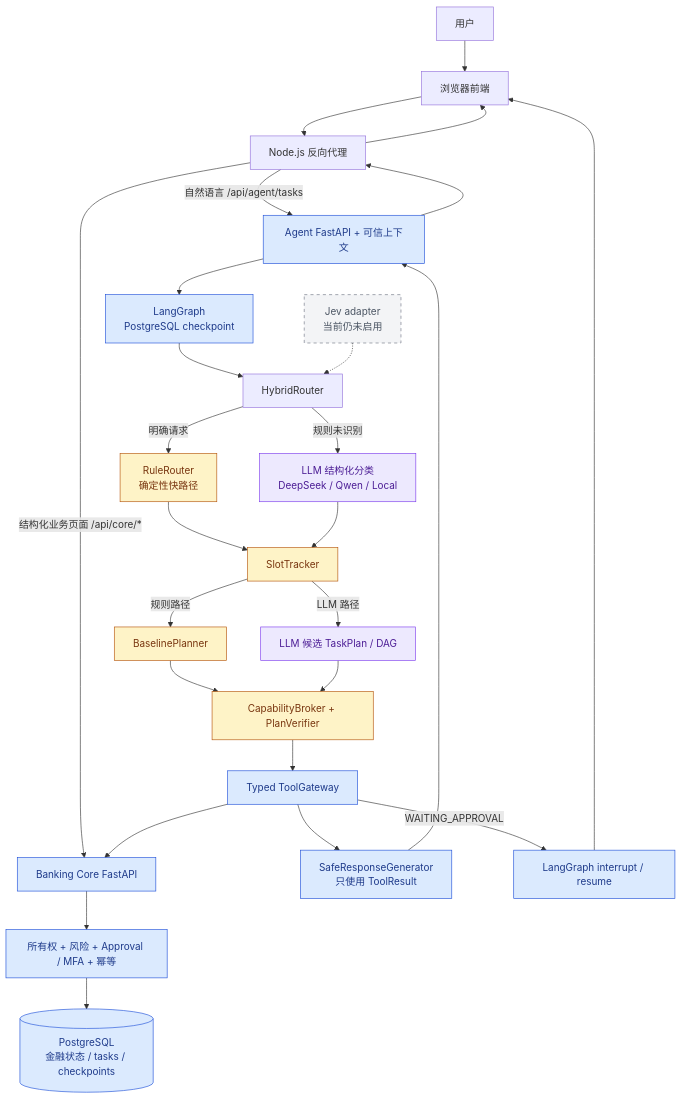
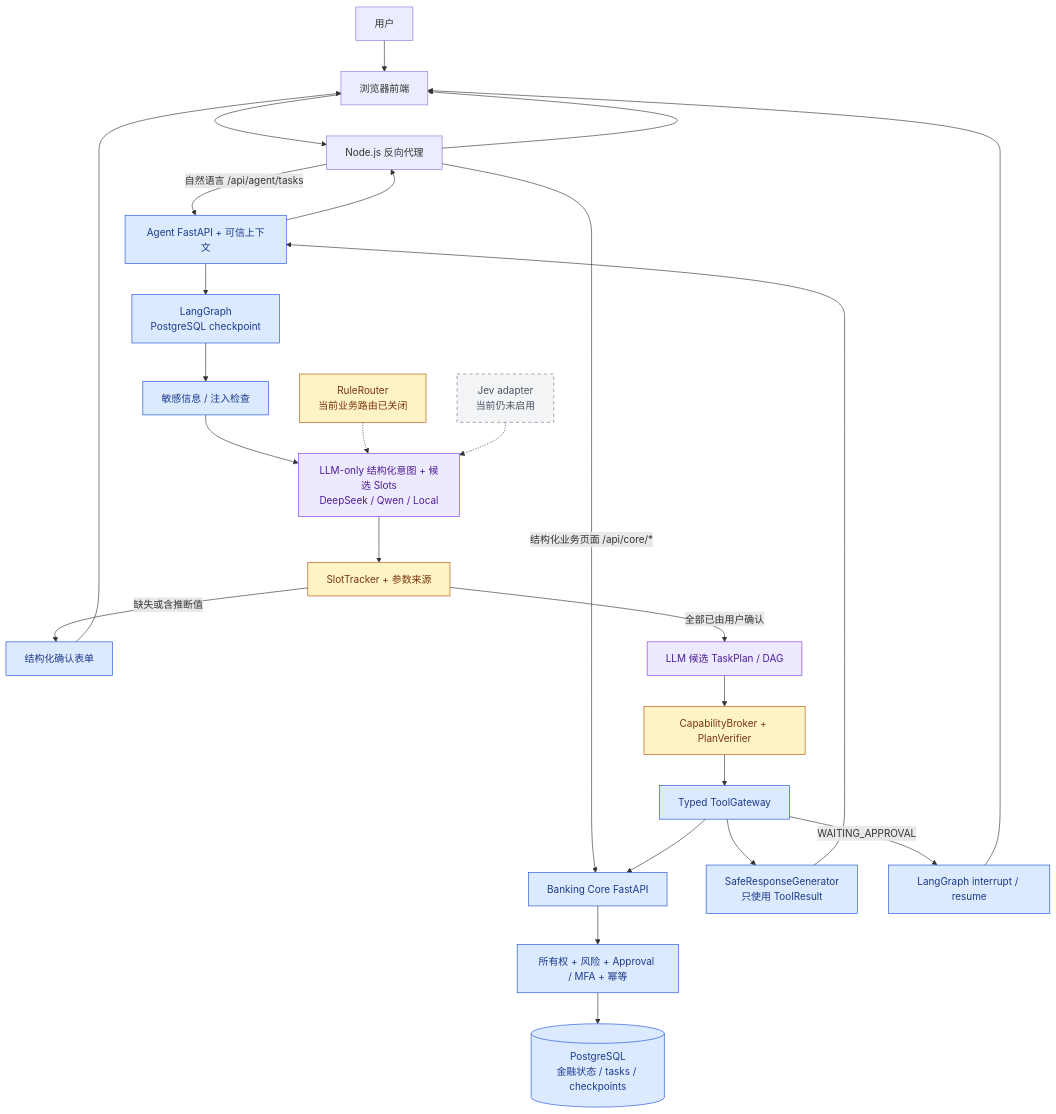
The first of 2 diagrams in architecture.md (YangAoTe/FinSAO-Financial_Secure_Agent_Operation_System), drawn with Mermaid before and after one commit. The commit also changed other lines of this file and 12 other files, not shown here.

Commit message:
暂时屏蔽掉rule，因为rule的识别准确率太低了，llm router only现在

````diff
--- a/architecture.md
+++ b/architecture.md
@@ -5,37 +5,36 @@
 ```mermaid
 flowchart TB
     U["用户"] --> UI["浏览器前端"]
     UI --> NP["Node.js 反向代理"]
     NP -->|"结构化业务页面 /api/core/*"| CORE
     NP -->|"自然语言 /api/agent/tasks"| API["Agent FastAPI + 可信上下文"]
 
     API --> LG["LangGraph<br/>PostgreSQL checkpoint"]
-    LG --> HR["HybridRouter"]
-    HR -->|"明确请求"| RR["RuleRouter<br/>确定性快路径"]
-    HR -->|"规则未识别"| LLM["LLM 结构化分类<br/>DeepSeek / Qwen / Local"]
-    RR --> SLOT["SlotTracker"]
-    LLM --> SLOT
-    SLOT -->|"规则路径"| BP["BaselinePlanner"]
-    SLOT -->|"LLM 路径"| LP["LLM 候选 TaskPlan / DAG"]
-    BP --> SAFE["CapabilityBroker + PlanVerifier"]
-    LP --> SAFE
+    LG --> GUARD["敏感信息 / 注入检查"]
+    GUARD --> LLM["LLM-only 结构化意图 + 候选 Slots<br/>DeepSeek / Qwen / Local"]
+    LLM --> SLOT["SlotTracker + 参数来源"]
+    SLOT -->|"缺失或含推断值"| FORM["结构化确认表单"]
+    FORM --> UI
+    SLOT -->|"全部已由用户确认"| LP["LLM 候选 TaskPlan / DAG"]
+    LP --> SAFE["CapabilityBroker + PlanVerifier"]
     SAFE --> GW["Typed ToolGateway"]
     GW --> CORE["Banking Core FastAPI"]
     CORE --> SEC["所有权 + 风险 + Approval / MFA + 幂等"]
     SEC --> DB[("PostgreSQL<br/>金融状态 / tasks / checkpoints")]
     GW --> RESP["SafeResponseGenerator<br/>只使用 ToolResult"]
     GW -->|"WAITING_APPROVAL"| PAUSE["LangGraph interrupt / resume"]
     PAUSE --> UI
     RESP --> API --> NP --> UI
 
-    JEV["Jev adapter<br/>当前仍未启用"] -.-> HR
+    RR["RuleRouter<br/>当前业务路由已关闭"] -.-> LLM
+    JEV["Jev adapter<br/>当前仍未启用"] -.-> LLM
 
     classDef rule fill:#fef3c7,stroke:#b45309,color:#78350f;
     classDef service fill:#dbeafe,stroke:#1d4ed8,color:#1e3a8a;
     classDef model fill:#ede9fe,stroke:#7c3aed,color:#4c1d95;
     classDef inactive fill:#f3f4f6,stroke:#6b7280,color:#4b5563,stroke-dasharray:5 5;
-    class RR,SLOT,BP,SAFE rule;
-    class API,LG,GW,CORE,SEC,DB,RESP,PAUSE service;
+    class RR,SLOT,SAFE rule;
+    class API,LG,GUARD,FORM,GW,CORE,SEC,DB,RESP,PAUSE service;
     class LLM,LP model;
     class JEV inactive;
 ```
````
